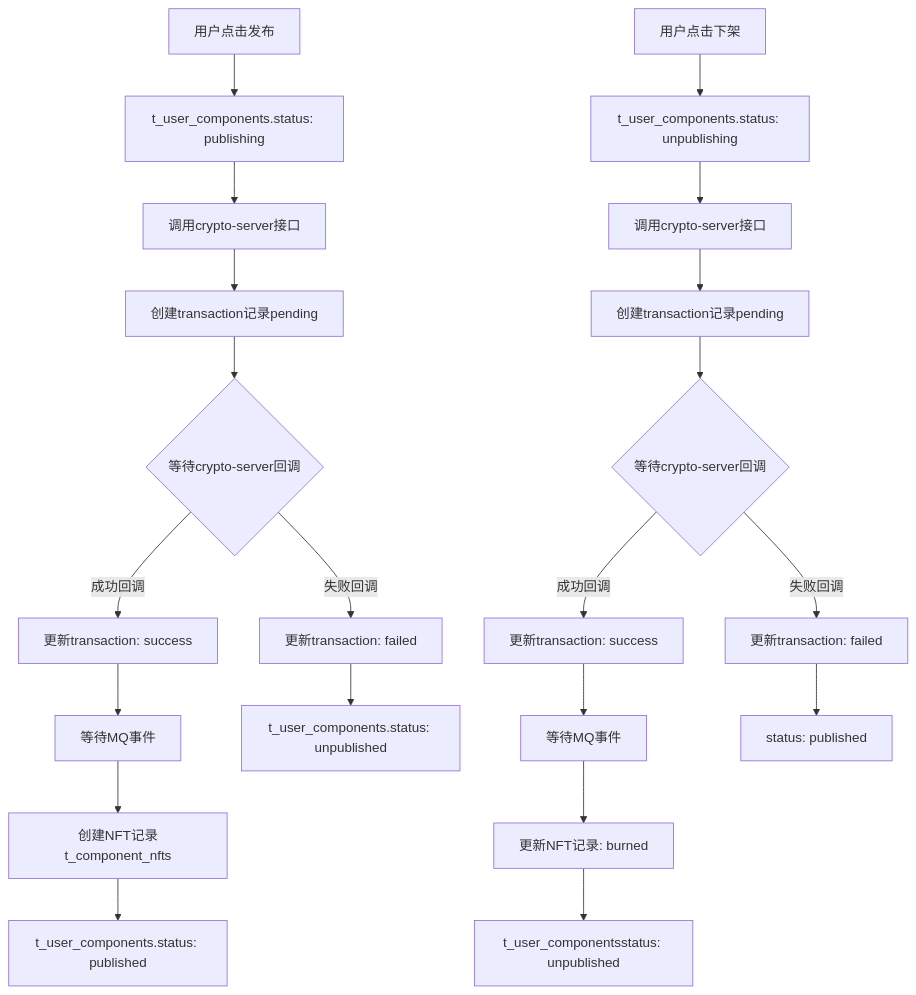
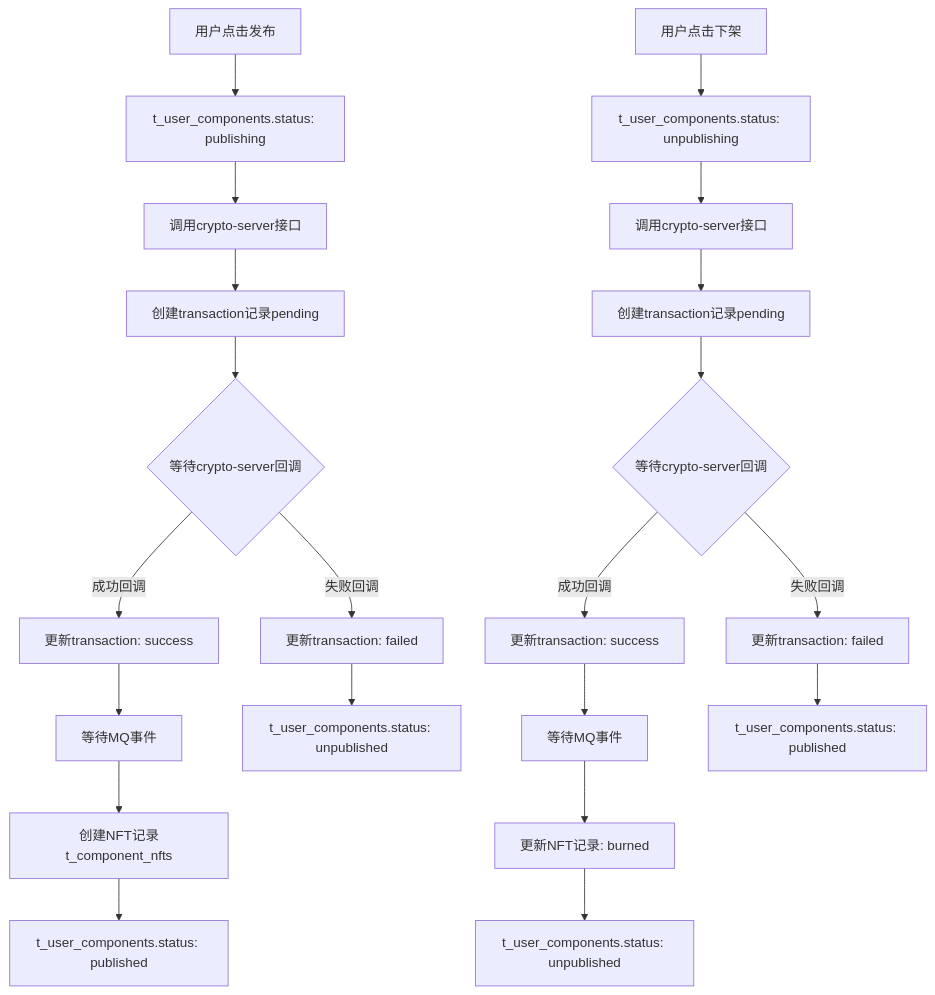
The diagram in all/未命名-74.md (yingjianzh/iodraw-files), drawn with Mermaid before and after one commit.

Commit message:
2025-07-07 15:53:13 update

````diff
--- a/all/未命名-74.md
+++ b/all/未命名-74.md
@@ -1,30 +1,31 @@
 ```mermaid
 
 graph TD
     A[用户点击发布] --> B[t_user_components.status: publishing]
     B --> C[调用crypto-server接口]
     C --> D[创建transaction记录pending]
     D --> E{等待crypto-server回调}
     
     E -->|成功回调| F[更新transaction: success]
     F --> G[等待MQ事件]
     G --> H[创建NFT记录t_component_nfts]
     H --> I[t_user_components.status: published]
     
     E -->|失败回调| J[更新transaction: failed]
     J --> K[t_user_components.status: unpublished]
     
     L[用户点击下架] --> M[t_user_components.status: unpublishing]
+    
     M --> N[调用crypto-server接口]
     N --> O[创建transaction记录pending]
     O --> P{等待crypto-server回调}
     
     P -->|成功回调| Q[更新transaction: success]
     Q --> R[等待MQ事件]
     R --> S[更新NFT记录: burned]
-    S --> T[t_user_componentsstatus: unpublished]
+    S --> T[t_user_components.status: unpublished]
     
     P -->|失败回调| U[更新transaction: failed]
-    U --> V[status: published]
+    U --> V[t_user_components.status: published]
 
 ```
````
